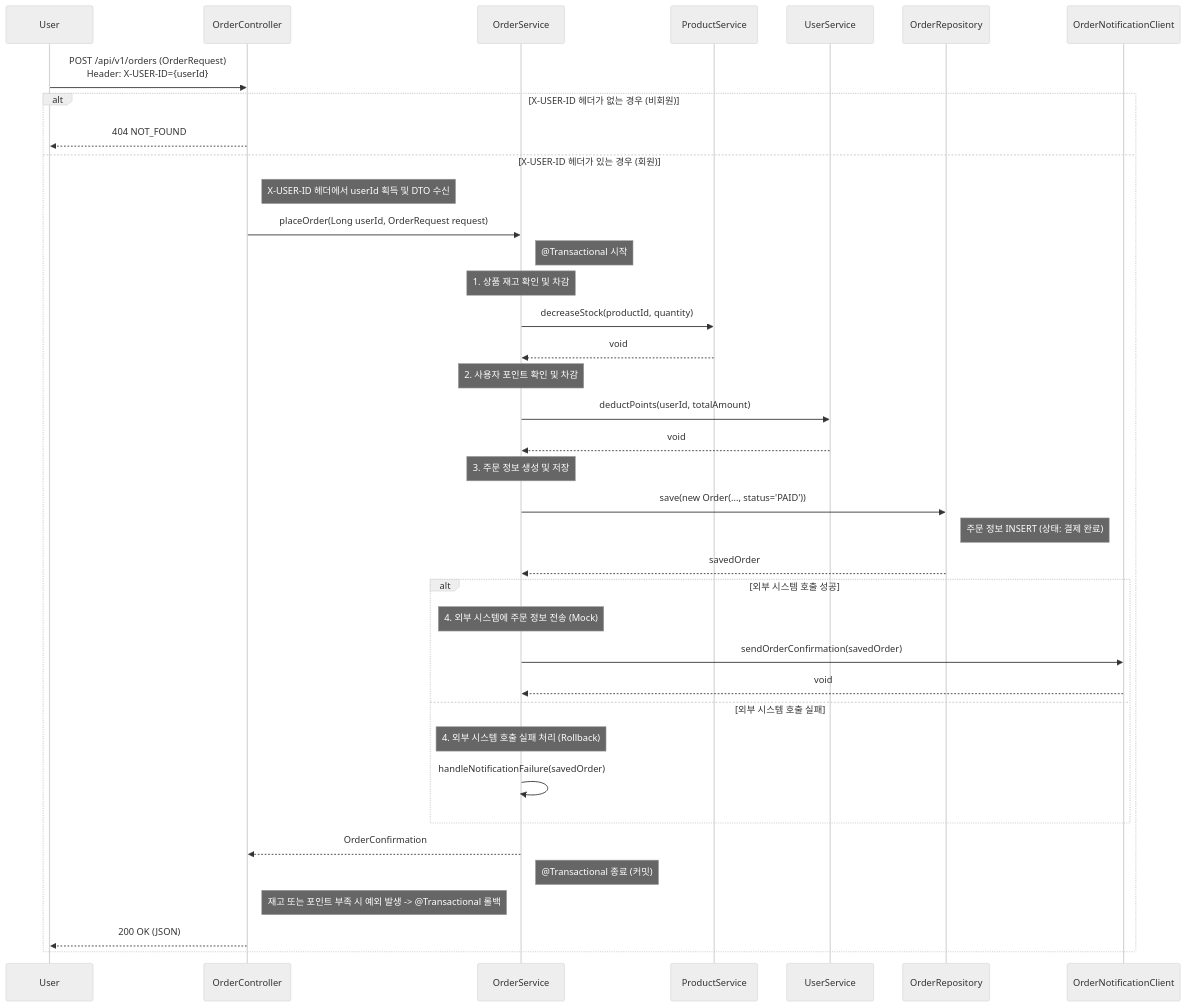
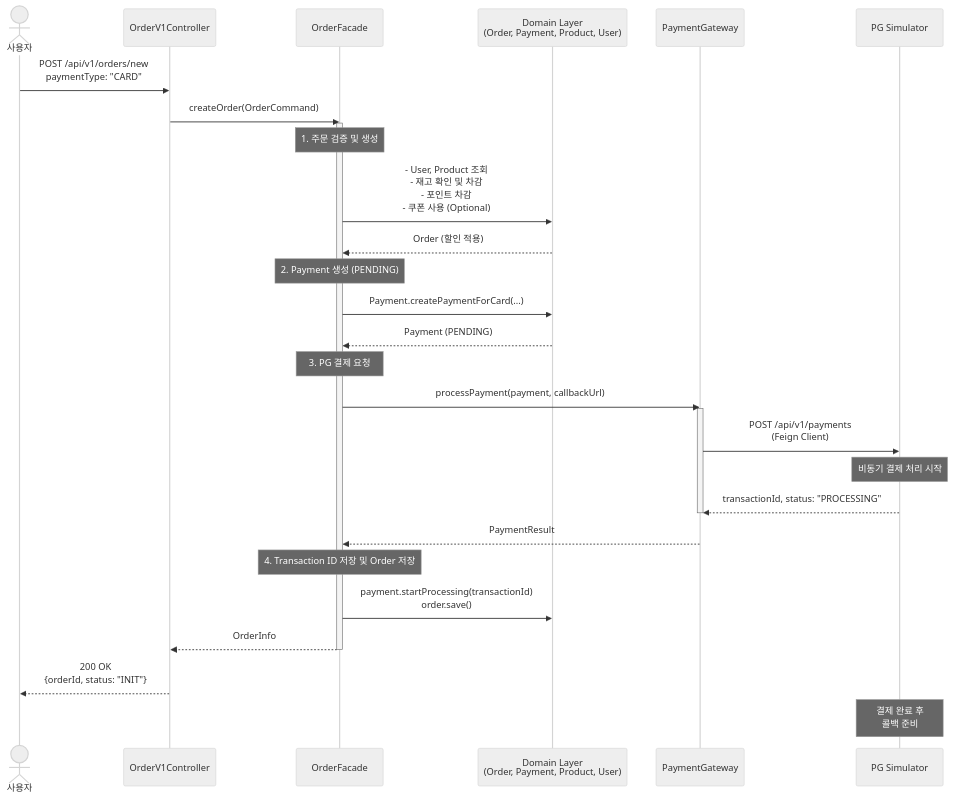
One commit to HongChangMo/loopers-spring-java-template changed the fifth of 7 diagrams in docs/week2/02-sequence-diagrams.md. Above: the diagram before and after it, drawn with Mermaid (neutral theme). The commit also changed other lines of this file and 2 other files, not shown here.

````diff
--- a/docs/week2/02-sequence-diagrams.md
+++ b/docs/week2/02-sequence-diagrams.md
@@ -162,48 +162,44 @@
 ```mermaid
 sequenceDiagram
-    participant User
-    participant OrderController
-    participant OrderService
-    participant ProductService
-    participant UserService
-    participant OrderRepository
-    participant OrderNotificationClient
+    actor User as 사용자
+    participant Controller as OrderV1Controller
+    participant Facade as OrderFacade
+    participant Domain as Domain Layer<br/>(Order, Payment, Product, User)
+    participant PaymentGateway as PaymentGateway
+    participant PG as PG Simulator
 
-    User->>OrderController: POST /api/v1/orders (OrderRequest)<br>Header: X-USER-ID={userId}
+    User->>Controller: POST /api/v1/orders/new<br/>paymentType: "CARD"
 
-    alt X-USER-ID 헤더가 없는 경우 (비회원)
-        OrderController-->>User: 404 NOT_FOUND
-    else X-USER-ID 헤더가 있는 경우 (회원)
-        Note right of OrderController: X-USER-ID 헤더에서 userId 획득 및 DTO 수신
-        OrderController->>OrderService: placeOrder(Long userId, OrderRequest request)
-        Note right of OrderService: @Transactional 시작
+    Controller->>Facade: createOrder(OrderCommand)
 
-        Note over OrderService: 1. 상품 재고 확인 및 차감
-        OrderService->>ProductService: decreaseStock(productId, quantity)
-        ProductService-->>OrderService: void
+    activate Facade
+    Note over Facade: 1. 주문 검증 및 생성
+    Facade->>Domain: - User, Product 조회<br/>- 재고 확인 및 차감<br/>- 포인트 차감<br/>- 쿠폰 사용 (Optional)
+    Domain-->>Facade: Order (할인 적용)
 
-        Note over OrderService: 2. 사용자 포인트 확인 및 차감
-        OrderService->>UserService: deductPoints(userId, totalAmount)
-        UserService-->>OrderService: void
+    Note over Facade: 2. Payment 생성 (PENDING)
+    Facade->>Domain: Payment.createPaymentForCard(...)
+    Domain-->>Facade: Payment (PENDING)
 
-        Note over OrderService: 3. 주문 정보 생성 및 저장
-        OrderService->>OrderRepository: save(new Order(..., status='PAID'))
-        Note right of OrderRepository: 주문 정보 INSERT (상태: 결제 완료)
-        OrderRepository-->>OrderService: savedOrder
+    Note over Facade: 3. PG 결제 요청
+    Facade->>PaymentGateway: processPayment(payment, callbackUrl)
 
-        alt 외부 시스템 호출 성공
-            Note over OrderService: 4. 외부 시스템에 주문 정보 전송 (Mock)
-            OrderService->>OrderNotificationClient: sendOrderConfirmation(savedOrder)
-            OrderNotificationClient-->>OrderService: void
-        else 외부 시스템 호출 실패
-            Note over OrderService: 4. 외부 시스템 호출 실패 처리 (Rollback)
-            OrderService->>OrderService: handleNotificationFailure(savedOrder)
-        end
+    activate PaymentGateway
+    PaymentGateway->>PG: POST /api/v1/payments<br/>(Feign Client)
 
-        OrderService-->>OrderController: OrderConfirmation
-        Note right of OrderService: @Transactional 종료 (커밋)
-        Note left of OrderService: 재고 또는 포인트 부족 시 예외 발생 -> @Transactional 롤백
+    Note over PG: 비동기 결제 처리 시작
+    PG-->>PaymentGateway: transactionId, status: "PROCESSING"
+    deactivate PaymentGateway
 
-        OrderController-->>User: 200 OK (JSON)
-    end
+    PaymentGateway-->>Facade: PaymentResult
+
+    Note over Facade: 4. Transaction ID 저장 및 Order 저장
+    Facade->>Domain: payment.startProcessing(transactionId)<br/>order.save()
+
+    Facade-->>Controller: OrderInfo
+    deactivate Facade
+
+    Controller-->>User: 200 OK<br/>{orderId, status: "INIT"}
+
+    Note over PG: 결제 완료 후<br/>콜백 준비
 ```
````
